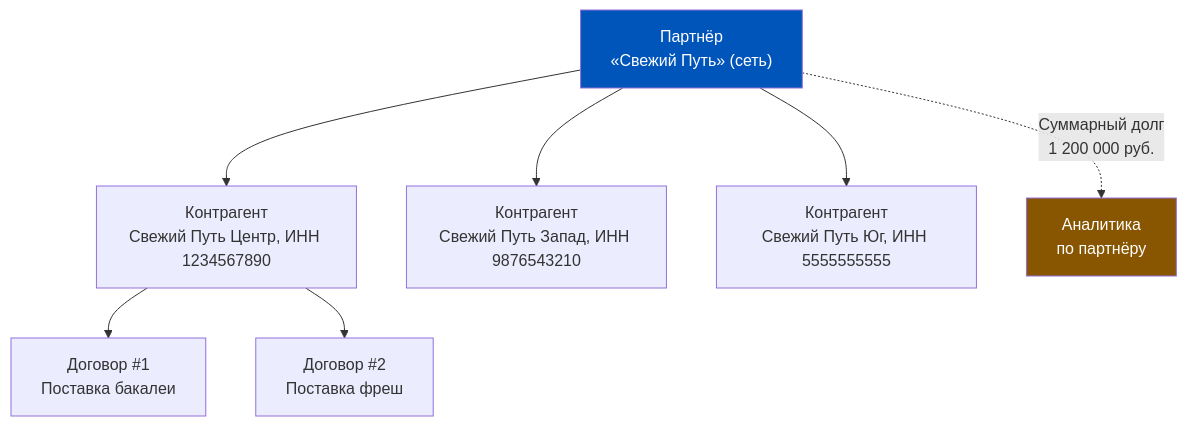
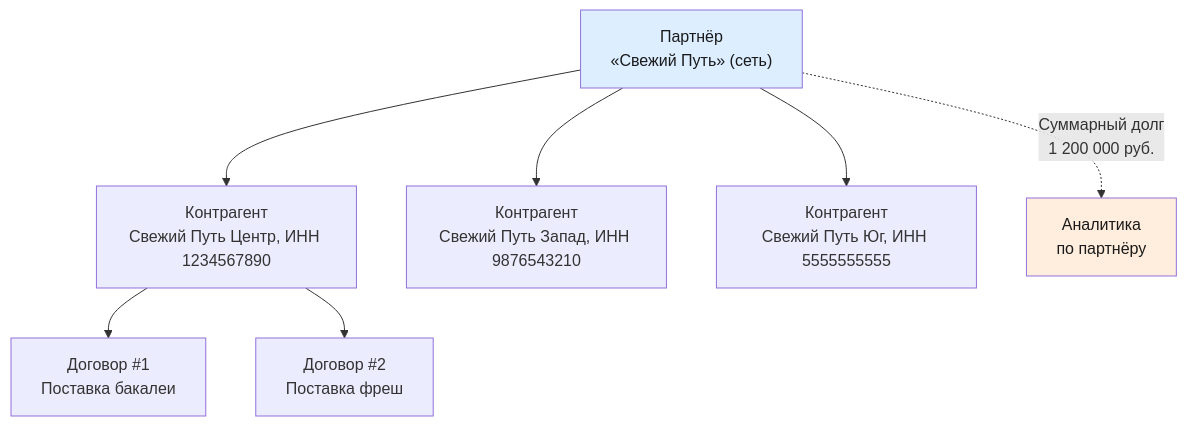
Before and after one commit to murad1986/1c-erp-quartz: the sixth of 6 diagrams in content/1c-erp/week_2/Неделя 2 - День 3 - Партнёры и контрагенты.md, drawn with Mermaid. The commit also changed other lines of this file and 57 other files, not shown here.

First line of the commit message:
fix: Mermaid — пастельные цвета в источниках диаграмм (56 файлов)

````diff
--- a/content/1c-erp/week_2/Неделя 2 - День 3 - Партнёры и контрагенты.md
+++ b/content/1c-erp/week_2/Неделя 2 - День 3 - Партнёры и контрагенты.md
@@ -496,21 +496,21 @@
 ```mermaid
 graph TD
     P1["Партнёр
 «Свежий Путь» (сеть)"] --> C1["Контрагент
 Свежий Путь Центр, ИНН 1234567890"]
     P1 --> C2["Контрагент
 Свежий Путь Запад, ИНН 9876543210"]
     P1 --> C3["Контрагент
 Свежий Путь Юг, ИНН 5555555555"]
     C1 --> D1["Договор #1
 Поставка бакалеи"]
     C1 --> D2["Договор #2
 Поставка фреш"]
     P1 -.->|"Суммарный долг
 1 200 000 руб."| TOTAL["Аналитика
 по партнёру"]
 
-    style P1 fill:#0055BB,color:#fff
-    style TOTAL fill:#885500,color:#fff
+    style P1 fill:#dceeff,color:#1a1a1a
+    style TOTAL fill:#ffeedd,color:#1a1a1a
 
 ```
````
